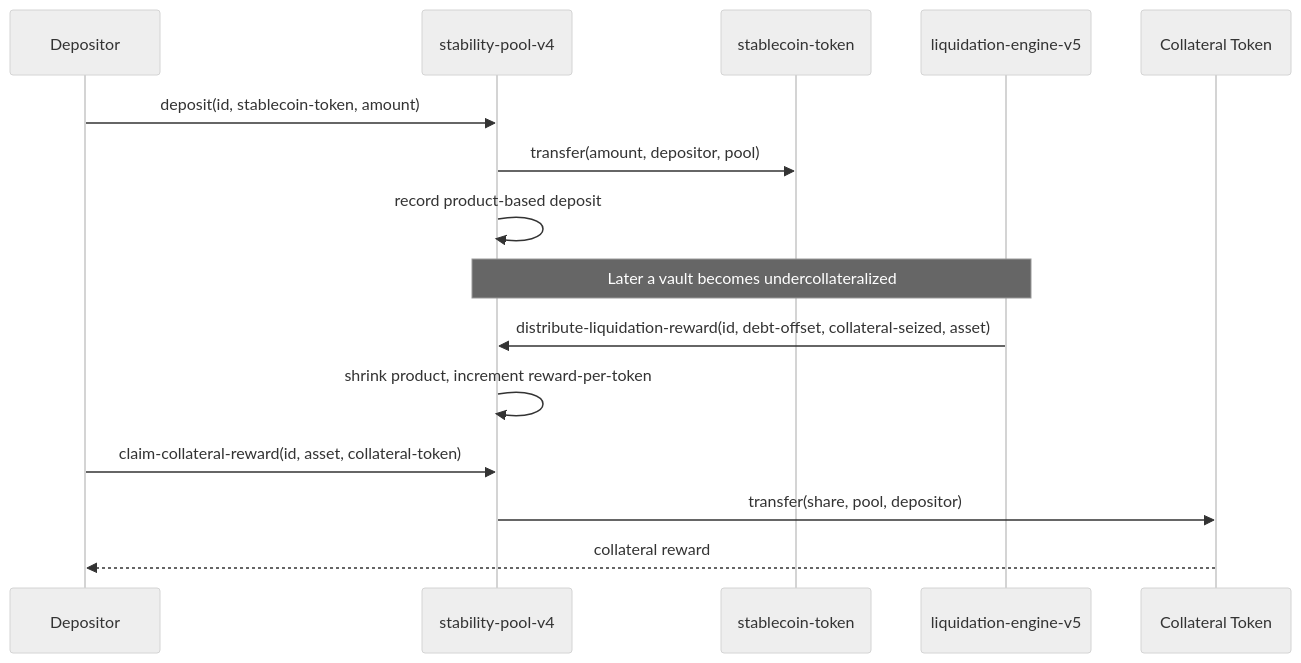
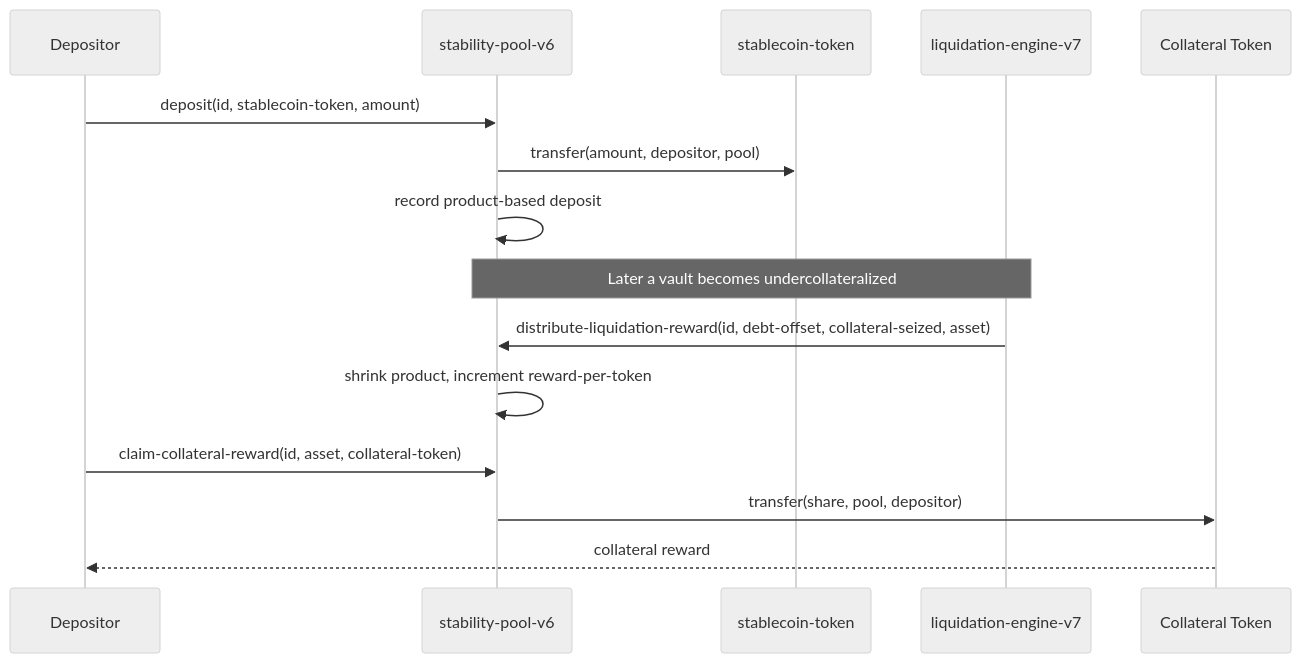
One commit to yehia67/stacks-stablecoin-engine changed the sixth of 8 diagrams in docs/getting_started.md. Above: the diagram before and after it, drawn with Mermaid (neutral theme). The commit also changed other lines of this file and 32 other files, not shown here.

````diff
--- a/docs/getting_started.md
+++ b/docs/getting_started.md
@@ -186,18 +186,18 @@
 ```mermaid
 sequenceDiagram
   participant D as Depositor
-  participant SP as stability-pool-v4
+  participant SP as stability-pool-v6
   participant ST as stablecoin-token
-  participant LE as liquidation-engine-v5
+  participant LE as liquidation-engine-v7
   participant CT as Collateral Token
 
   D->>SP: deposit(id, stablecoin-token, amount)
   SP->>ST: transfer(amount, depositor, pool)
   SP->>SP: record product-based deposit
   Note over LE,SP: Later a vault becomes undercollateralized
   LE->>SP: distribute-liquidation-reward(id, debt-offset, collateral-seized, asset)
   SP->>SP: shrink product, increment reward-per-token
   D->>SP: claim-collateral-reward(id, asset, collateral-token)
   SP->>CT: transfer(share, pool, depositor)
   CT-->>D: collateral reward
 ```
````
